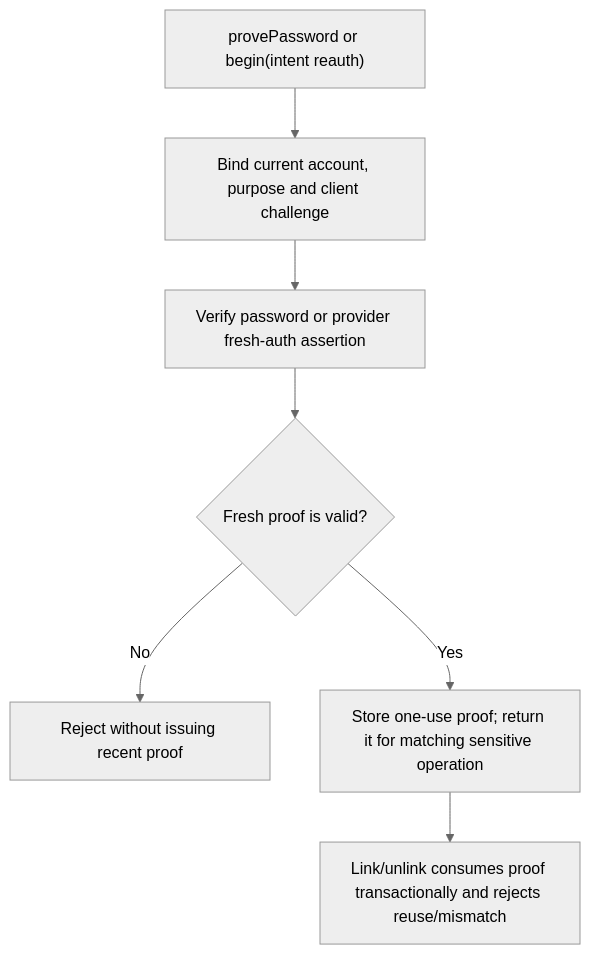
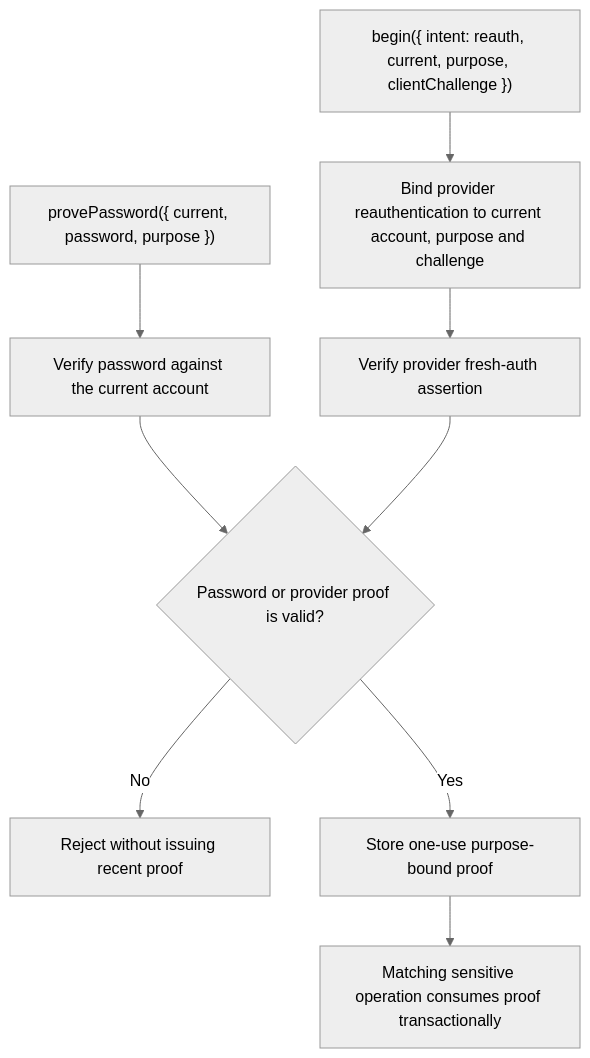
The second of 2 diagrams in user-stories/US-ACCOUNT-23-prove-social-action.md (Kevinjohn/oss-adonisjs-account-kit), drawn with Mermaid (neutral theme) before and after one commit. The commit also changed 15 other files, not shown here.

````diff
--- a/user-stories/US-ACCOUNT-23-prove-social-action.md
+++ b/user-stories/US-ACCOUNT-23-prove-social-action.md
@@ -35,9 +35,11 @@
 ```mermaid
 flowchart TD
- A["provePassword or begin(intent reauth)"] --> B["Bind current account, purpose and client challenge"]
- B --> C["Verify password or provider fresh-auth assertion"]
- C --> D{"Fresh proof is valid?"}
- D -->|No| E["Reject without issuing recent proof"]
- D -->|Yes| F["Store one-use proof; return it for matching sensitive operation"]
- F --> G["Link/unlink consumes proof transactionally and rejects reuse/mismatch"]
+ A["provePassword({ current, password, purpose })"] --> B["Verify password against the current account"]
+ A2["begin({ intent: reauth, current, purpose, clientChallenge })"] --> C["Bind provider reauthentication to current account, purpose and challenge"]
+ C --> D["Verify provider fresh-auth assertion"]
+ B --> E{"Password or provider proof is valid?"}
+ D --> E
+ E -->|No| F["Reject without issuing recent proof"]
+ E -->|Yes| G["Store one-use purpose-bound proof"]
+ G --> H["Matching sensitive operation consumes proof transactionally"]
 ```
````
